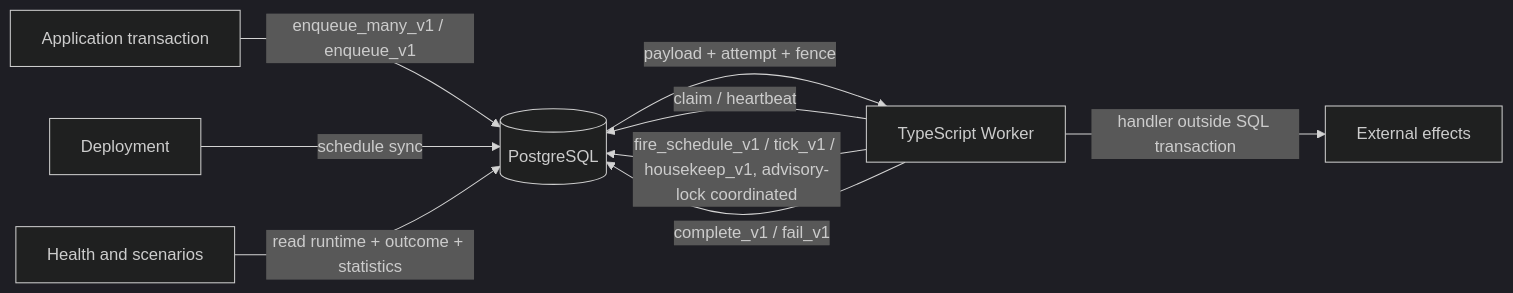
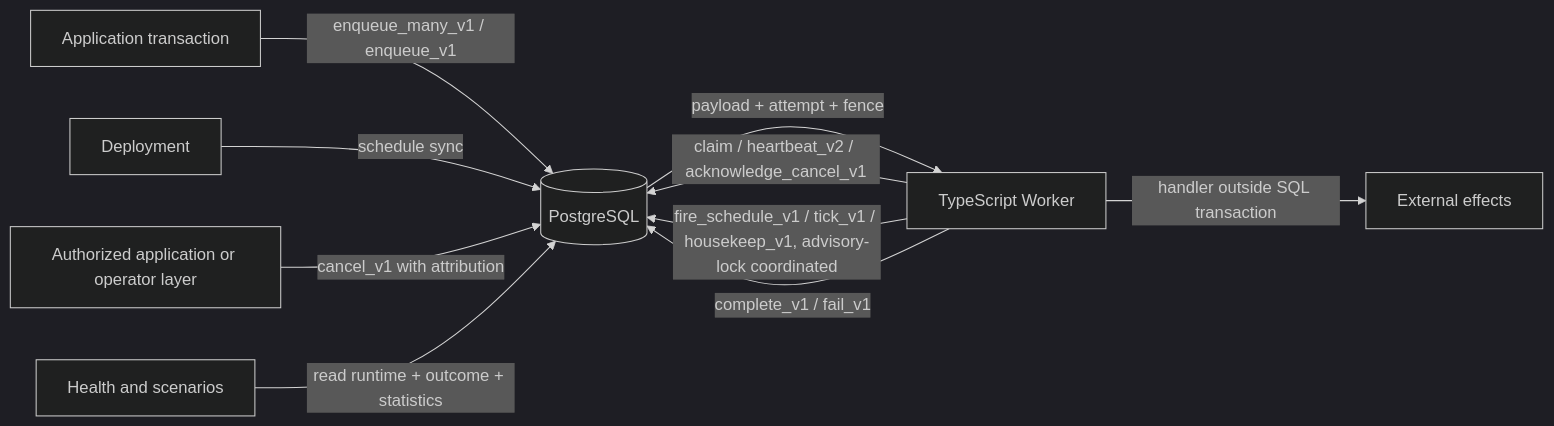
Before and after one commit to stablemates/workhorse: the first of 3 diagrams in docs/architecture.md, drawn with Mermaid (dark theme). The commit also changed other lines of this file and 24 other files, not shown here.

````diff
--- a/docs/architecture.md
+++ b/docs/architecture.md
@@ -20,11 +20,12 @@
 ```mermaid
 flowchart LR
   App[Application transaction] -->|enqueue_many_v1 / enqueue_v1| PG[(PostgreSQL)]
   Deploy[Deployment] -->|schedule sync| PG
-  Worker[TypeScript Worker] -->|claim / heartbeat| PG
+  Worker[TypeScript Worker] -->|claim / heartbeat_v2 / acknowledge_cancel_v1| PG
+  Operator[Authorized application or operator layer] -->|cancel_v1 with attribution| PG
   Worker -->|fire_schedule_v1 / tick_v1 / housekeep_v1, advisory-lock coordinated| PG
   PG -->|payload + attempt + fence| Worker
   Worker -->|handler outside SQL transaction| Effects[External effects]
   Worker -->|complete_v1 / fail_v1| PG
   Health[Health and scenarios] -->|read runtime + outcome + statistics| PG
 ```
````
